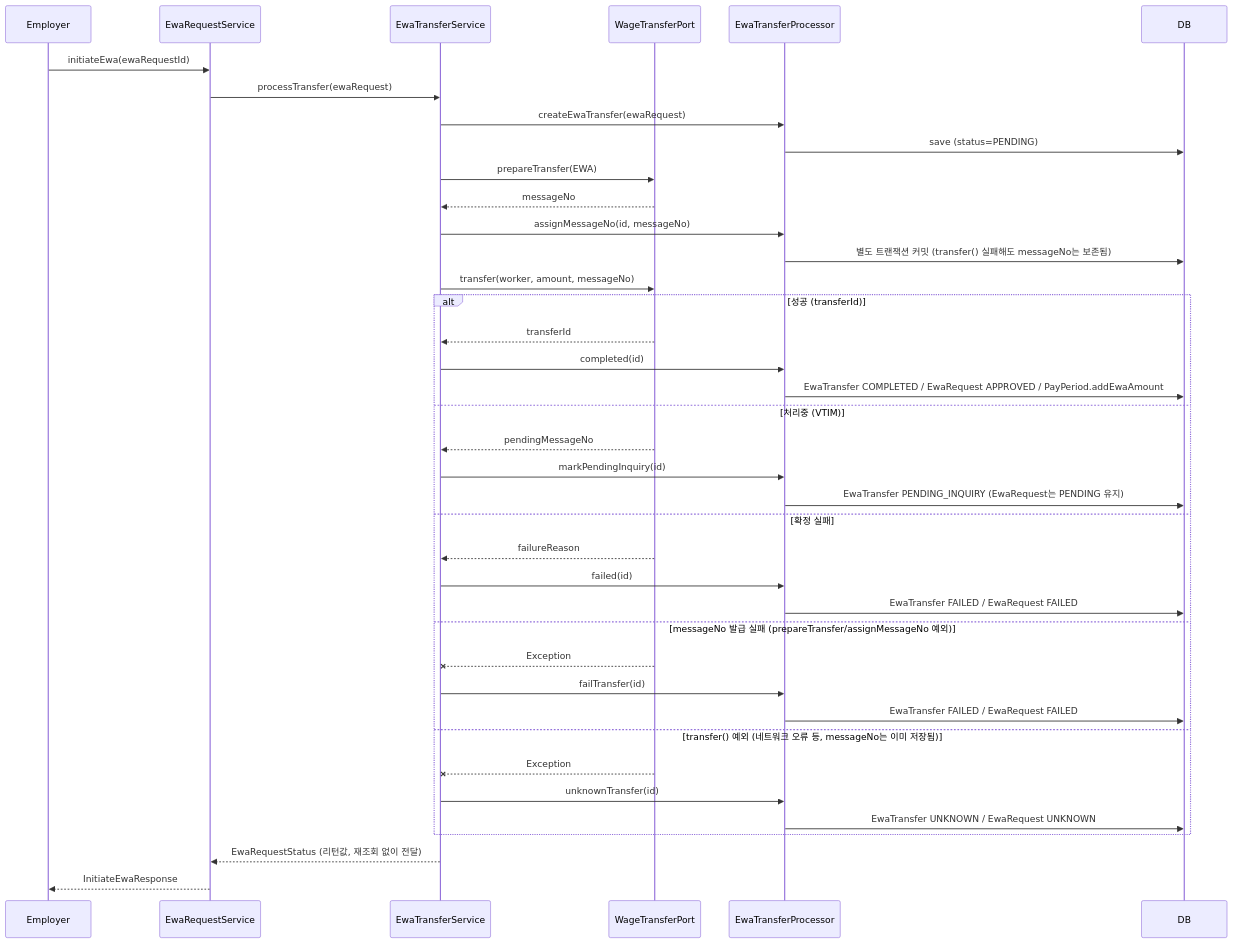
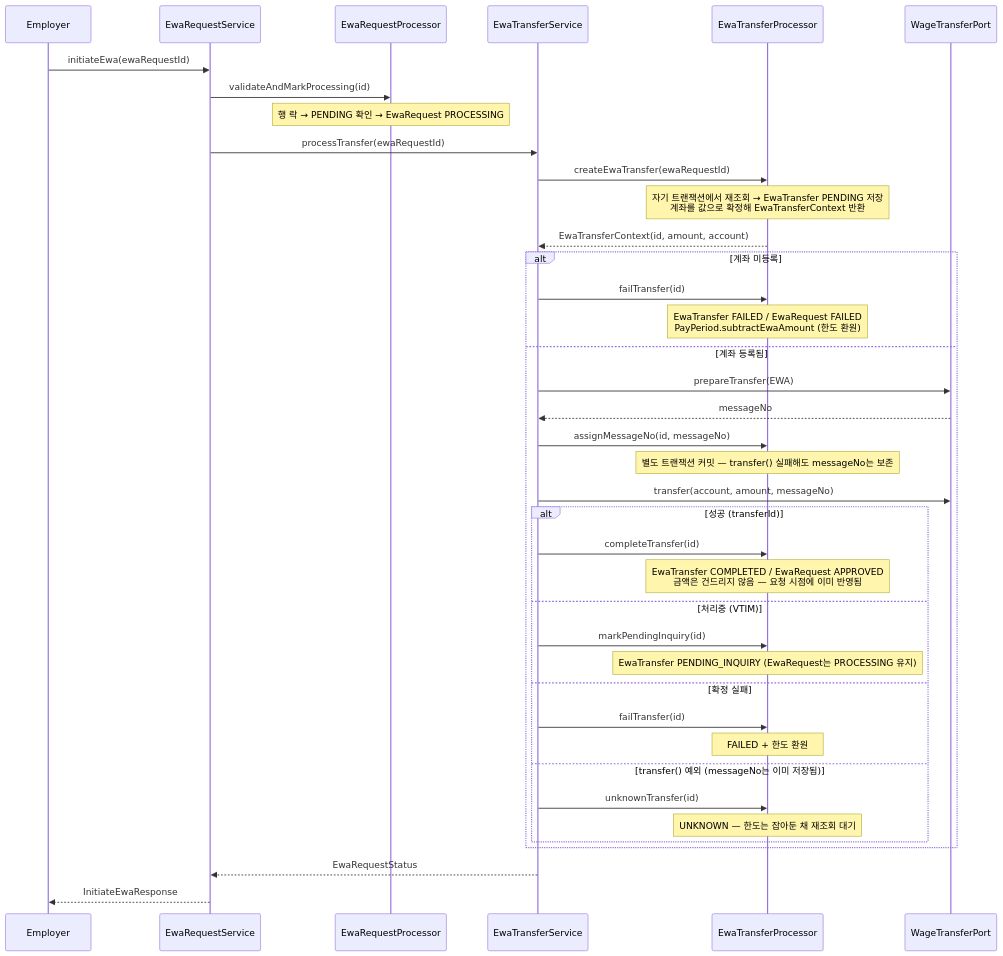
Before and after one commit to YOUHEETAE/wage-clock: the first of 6 diagrams in docs/diagrams/sequence-diagram.md, drawn with Mermaid. The commit also changed other lines of this file and 1 other file, not shown here.

Commit message:
docs: update diagrams for settlement lock states and transfer contexts

````diff
--- a/docs/diagrams/sequence-diagram.md
+++ b/docs/diagrams/sequence-diagram.md
@@ -10,46 +14,47 @@
 ```mermaid
 sequenceDiagram
     participant Employer
     participant EwaRequestService
+    participant EwaRequestProcessor
     participant EwaTransferService
+    participant EwaTransferProcessor
     participant WageTransferPort
-    participant EwaTransferProcessor
-    participant DB
 
     Employer->>EwaRequestService: initiateEwa(ewaRequestId)
-    EwaRequestService->>EwaTransferService: processTransfer(ewaRequest)
-    EwaTransferService->>EwaTransferProcessor: createEwaTransfer(ewaRequest)
-    EwaTransferProcessor->>DB: save (status=PENDING)
+    EwaRequestService->>EwaRequestProcessor: validateAndMarkProcessing(id)
+    Note over EwaRequestProcessor: 행 락 → PENDING 확인 → EwaRequest PROCESSING
 
-    EwaTransferService->>WageTransferPort: prepareTransfer(EWA)
-    WageTransferPort-->>EwaTransferService: messageNo
-    EwaTransferService->>EwaTransferProcessor: assignMessageNo(id, messageNo)
-    EwaTransferProcessor->>DB: 별도 트랜잭션 커밋 (transfer() 실패해도 messageNo는 보존됨)
+    EwaRequestService->>EwaTransferService: processTransfer(ewaRequestId)
+    EwaTransferService->>EwaTransferProcessor: createEwaTransfer(ewaRequestId)
+    Note over EwaTransferProcessor: 자기 트랜잭션에서 재조회 → EwaTransfer PENDING 저장<br/>계좌를 값으로 확정해 EwaTransferContext 반환
+    EwaTransferProcessor-->>EwaTransferService: EwaTransferContext(id, amount, account)
 
-    EwaTransferService->>WageTransferPort: transfer(worker, amount, messageNo)
+    alt 계좌 미등록
+        EwaTransferService->>EwaTransferProcessor: failTransfer(id)
+        Note over EwaTransferProcessor: EwaTransfer FAILED / EwaRequest FAILED<br/>PayPeriod.subtractEwaAmount (한도 환원)
+    else 계좌 등록됨
+        EwaTransferService->>WageTransferPort: prepareTransfer(EWA)
+        WageTransferPort-->>EwaTransferService: messageNo
+        EwaTransferService->>EwaTransferProcessor: assignMessageNo(id, messageNo)
+        Note over EwaTransferProcessor: 별도 트랜잭션 커밋 — transfer() 실패해도 messageNo는 보존
 
-    alt 성공 (transferId)
-        WageTransferPort-->>EwaTransferService: transferId
-        EwaTransferService->>EwaTransferProcessor: completed(id)
-        EwaTransferProcessor->>DB: EwaTransfer COMPLETED / EwaRequest APPROVED / PayPeriod.addEwaAmount
-    else 처리중 (VTIM)
-        WageTransferPort-->>EwaTransferService: pendingMessageNo
-        EwaTransferService->>EwaTransferProcessor: markPendingInquiry(id)
-        EwaTransferProcessor->>DB: EwaTransfer PENDING_INQUIRY (EwaRequest는 PENDING 유지)
-    else 확정 실패
-        WageTransferPort-->>EwaTransferService: failureReason
-        EwaTransferService->>EwaTransferProcessor: failed(id)
-        EwaTransferProcessor->>DB: EwaTransfer FAILED / EwaRequest FAILED
-    else messageNo 발급 실패 (prepareTransfer/assignMessageNo 예외)
-        WageTransferPort--xEwaTransferService: Exception
-        EwaTransferService->>EwaTransferProcessor: failTransfer(id)
-        EwaTransferProcessor->>DB: EwaTransfer FAILED / EwaRequest FAILED
-    else transfer() 예외 (네트워크 오류 등, messageNo는 이미 저장됨)
-        WageTransferPort--xEwaTransferService: Exception
-        EwaTransferService->>EwaTransferProcessor: unknownTransfer(id)
-        EwaTransferProcessor->>DB: EwaTransfer UNKNOWN / EwaRequest UNKNOWN
+        EwaTransferService->>WageTransferPort: transfer(account, amount, messageNo)
+
+        alt 성공 (transferId)
+            EwaTransferService->>EwaTransferProcessor: completeTransfer(id)
+            Note over EwaTransferProcessor: EwaTransfer COMPLETED / EwaRequest APPROVED<br/>금액은 건드리지 않음 — 요청 시점에 이미 반영됨
+        else 처리중 (VTIM)
+            EwaTransferService->>EwaTransferProcessor: markPendingInquiry(id)
+            Note over EwaTransferProcessor: EwaTransfer PENDING_INQUIRY (EwaRequest는 PROCESSING 유지)
+        else 확정 실패
+            EwaTransferService->>EwaTransferProcessor: failTransfer(id)
+            Note over EwaTransferProcessor: FAILED + 한도 환원
+        else transfer() 예외 (messageNo는 이미 저장됨)
+            EwaTransferService->>EwaTransferProcessor: unknownTransfer(id)
+            Note over EwaTransferProcessor: UNKNOWN — 한도는 잡아둔 채 재조회 대기
+        end
     end
 
-    EwaTransferService-->>EwaRequestService: EwaRequestStatus (리턴값, 재조회 없이 전달)
+    EwaTransferService-->>EwaRequestService: EwaRequestStatus
     EwaRequestService-->>Employer: InitiateEwaResponse
 ```
````
